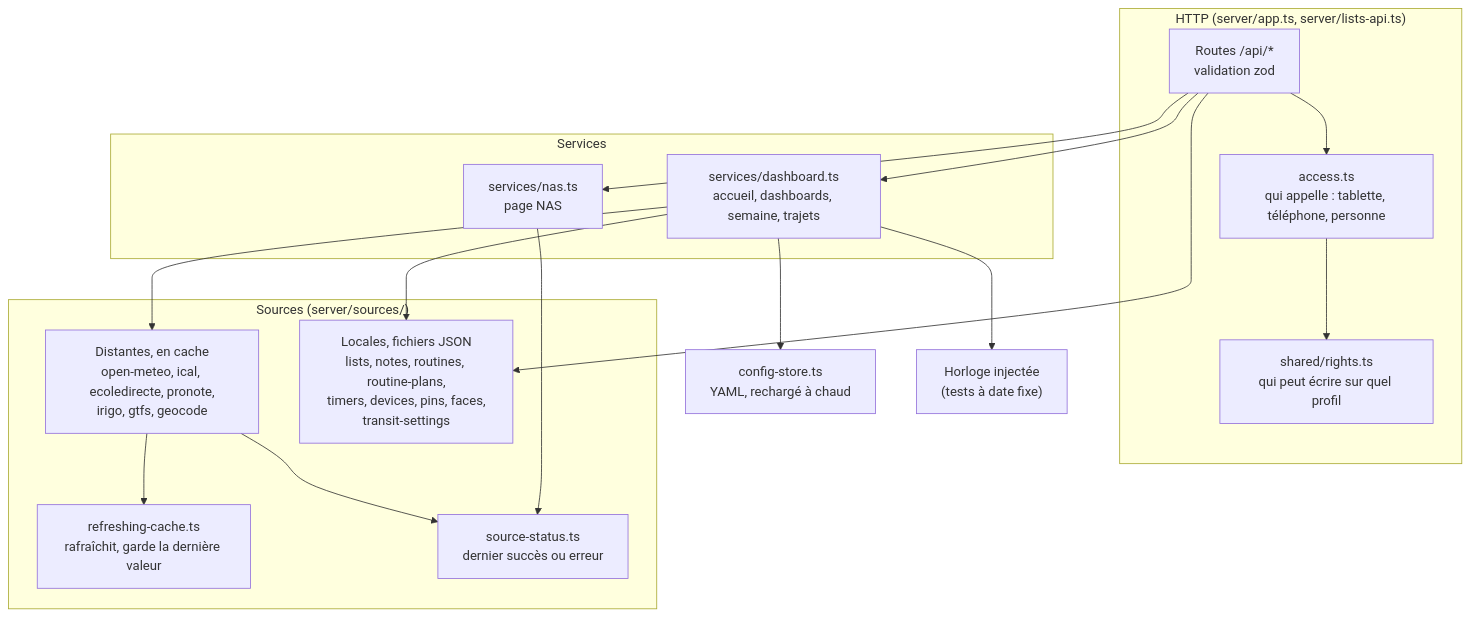
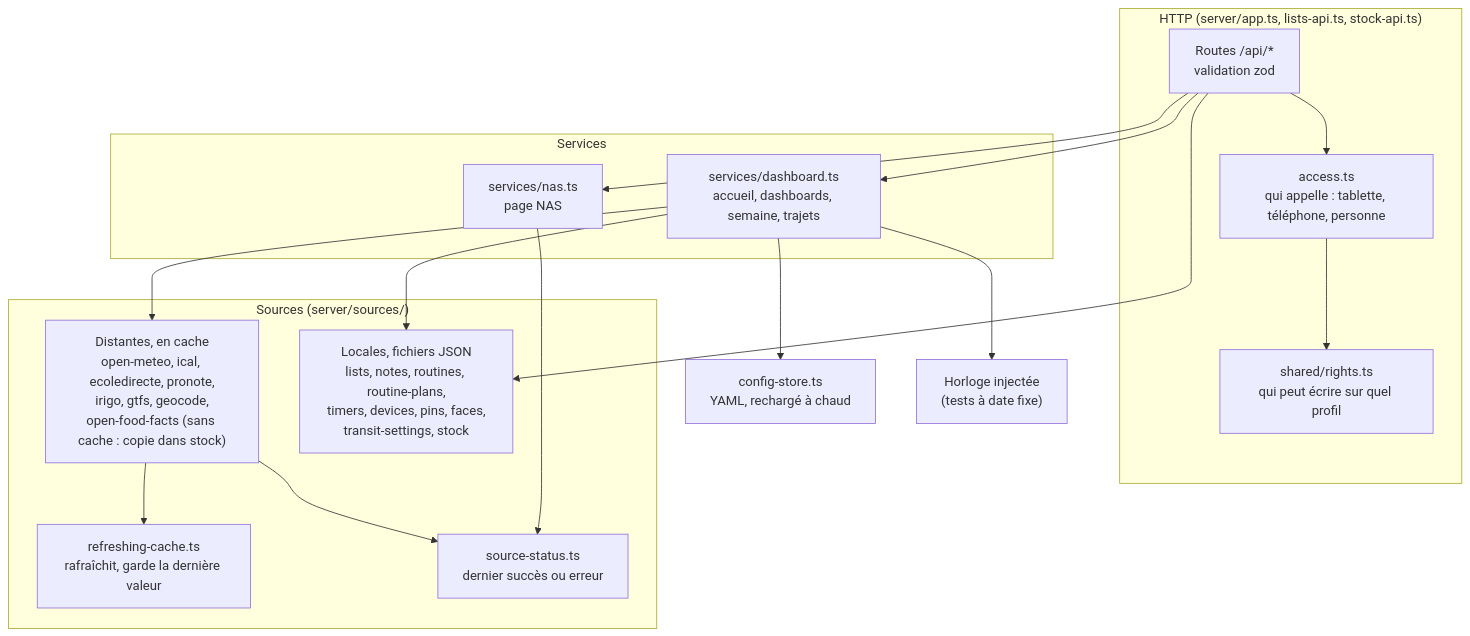
Before and after one commit to DeafLight/homehub: the second of 11 diagrams in docs/architecture.md, drawn with Mermaid. The commit also changed other lines of this file and 55 other files, not shown here.

````diff
--- a/docs/architecture.md
+++ b/docs/architecture.md
@@ -50,30 +51,30 @@
 ```mermaid
 flowchart TB
-  subgraph http["HTTP (server/app.ts, server/lists-api.ts)"]
+  subgraph http["HTTP (server/app.ts, lists-api.ts, stock-api.ts)"]
     routes["Routes /api/*<br/>validation zod"]
     access["access.ts<br/>qui appelle : tablette, téléphone, personne"]
     rights["shared/rights.ts<br/>qui peut écrire sur quel profil"]
   end
   subgraph services["Services"]
     dash["services/dashboard.ts<br/>accueil, dashboards, semaine, trajets"]
     nasS["services/nas.ts<br/>page NAS"]
   end
   subgraph sources["Sources (server/sources/)"]
-    distant["Distantes, en cache<br/>open-meteo, ical, ecoledirecte, pronote,<br/>irigo, gtfs, geocode"]
-    locales["Locales, fichiers JSON<br/>lists, notes, routines, routine-plans,<br/>timers, devices, pins, faces,<br/>transit-settings"]
+    distant["Distantes, en cache<br/>open-meteo, ical, ecoledirecte, pronote,<br/>irigo, gtfs, geocode,<br/>open-food-facts (sans cache : copie dans stock)"]
+    locales["Locales, fichiers JSON<br/>lists, notes, routines, routine-plans,<br/>timers, devices, pins, faces,<br/>transit-settings, stock"]
     cache["refreshing-cache.ts<br/>rafraîchit, garde la dernière valeur"]
     status["source-status.ts<br/>dernier succès ou erreur"]
   end
   config["config-store.ts<br/>YAML, rechargé à chaud"]
   horloge["Horloge injectée<br/>(tests à date fixe)"]
 
   routes --> access --> rights
   routes --> dash & nasS
   routes --> locales
   dash --> distant & locales
   nasS --> status
   distant --> cache
   distant --> status
   dash --> config
   dash --> horloge
 ```
````
